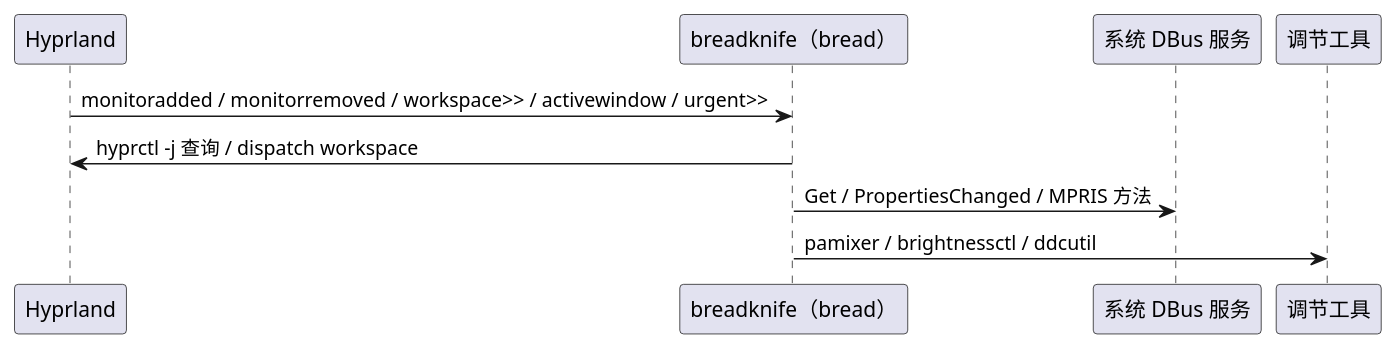
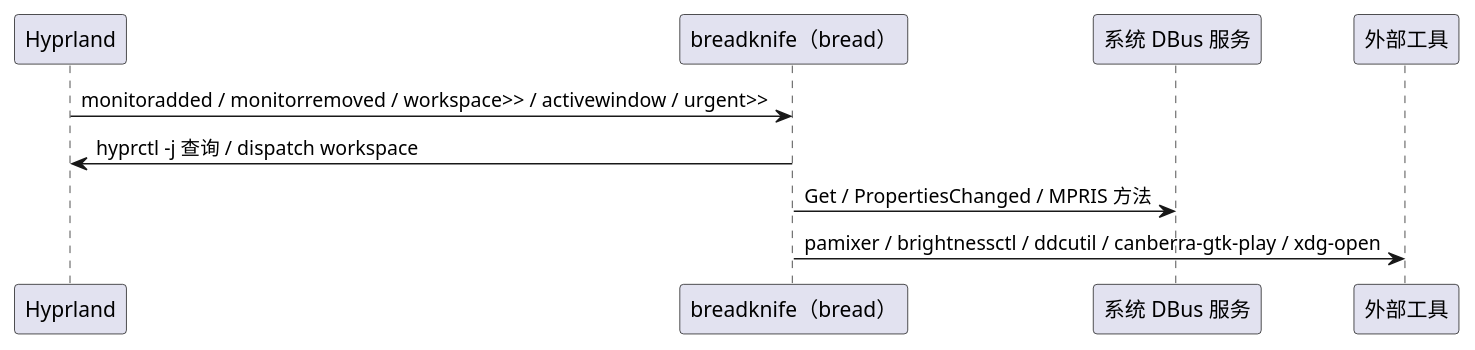
One commit to 54m43lJ/BreadKnife changed the diagram in diagram/breadknife-provider.puml. Above: the diagram before and after it, drawn with PlantUML. The commit also changed 9 other files, not shown here.

```diff
--- a/diagram/breadknife-provider.puml
+++ b/diagram/breadknife-provider.puml
@@ -1,11 +1,11 @@
 @startuml breadknife-provider
 participant "Hyprland" as hypr
 participant "breadknife（bread）" as bread
 participant "系统 DBus 服务" as svc
-participant "调节工具" as tools
+participant "外部工具" as tools
 
 hypr -> bread: monitoradded / monitorremoved / workspace>> / activewindow / urgent>>
 bread -> hypr: hyprctl -j 查询 / dispatch workspace
 bread -> svc: Get / PropertiesChanged / MPRIS 方法
-bread -> tools: pamixer / brightnessctl / ddcutil
+bread -> tools: pamixer / brightnessctl / ddcutil / canberra-gtk-play / xdg-open
 @enduml
```
